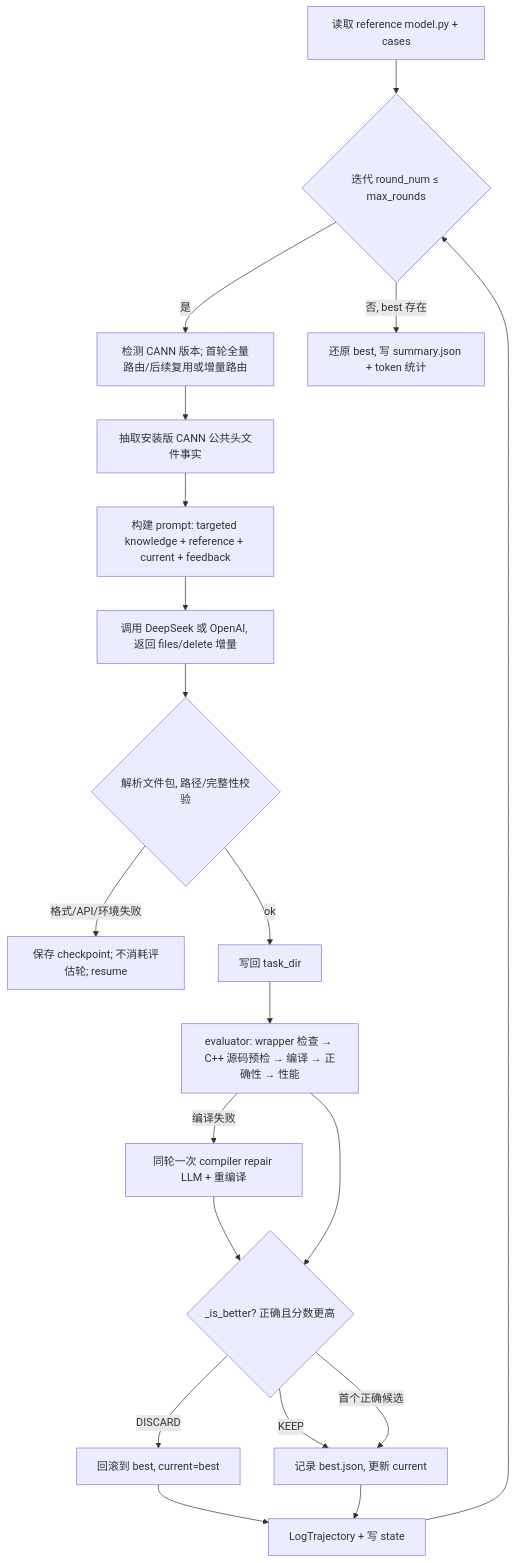
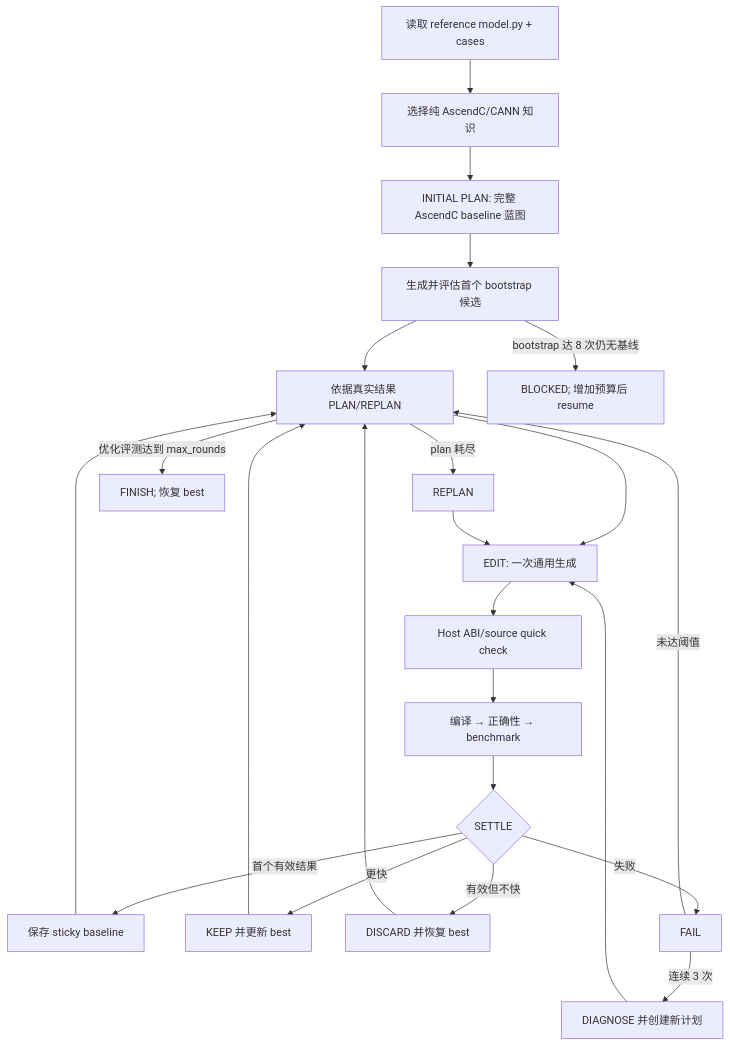
Before and after one commit to Bo1222/CannAgent: the second of 2 diagrams in README.md, drawn with Mermaid. The commit also changed other lines of this file and 15 other files, not shown here.

````diff
--- a/README.md
+++ b/README.md
@@ -125,22 +125,25 @@
 ```mermaid
 flowchart TD
-    R0[读取 reference model.py + cases] --> P{迭代 round_num ≤ max_rounds}
-    P -->|是| B[检测 CANN 版本; 首轮全量路由/后续复用或增量路由]
-    B --> H[抽取安装版 CANN 公共头文件事实]
-    H --> C0[构建 prompt: targeted knowledge + reference + current + feedback]
-    C0 --> L[调用 DeepSeek 或 OpenAI, 返回 files/delete 增量]
-    L --> F{解析文件包, 路径/完整性校验}
-    F -->|格式/API/环境失败| X[保存 checkpoint; 不消耗评估轮; resume]
-    F -->|ok| A[写回 task_dir]
-    A --> C[evaluator: wrapper 检查 → C++ 源码预检 → 编译 → 正确性 → 性能]
-    C -->|编译失败| CR[同轮一次 compiler repair LLM + 重编译]
-    CR --> D
-    C --> D{_is_better? 正确且分数更高}
-    D -->|KEEP| K[记录 best.json, 更新 current]
-    D -->|DISCARD| G[回滚到 best, current=best]
-    D -->|首个正确候选| K
-    G --> E[LogTrajectory + 写 state]
-    K --> E
-    E --> P
-    P -->|否, best 存在| Z[还原 best, 写 summary.json + token 统计]
+    R0[读取 reference model.py + cases] --> KR[选择纯 AscendC/CANN 知识]
+    KR --> IP[INITIAL PLAN: 完整 AscendC baseline 蓝图]
+    IP --> B[生成并评估首个 bootstrap 候选]
+    B --> P[依据真实结果 PLAN/REPLAN]
+    P --> E[EDIT: 一次通用生成]
+    E --> Q[Host ABI/source quick check]
+    Q --> V[编译 → 正确性 → benchmark]
+    V --> S{SETTLE}
+    S -->|首个有效结果| BL[保存 sticky baseline]
+    S -->|更快| K[KEEP 并更新 best]
+    S -->|有效但不快| D[DISCARD 并恢复 best]
+    S -->|失败| F[FAIL]
+    F -->|连续 3 次| G[DIAGNOSE 并创建新计划]
+    F -->|未达阈值| P
+    G --> E
+    BL --> P
+    K --> P
+    D --> P
+    P -->|plan 耗尽| RP[REPLAN]
+    RP --> E
+    B -->|bootstrap 达 8 次仍无基线| X[BLOCKED; 增加预算后 resume]
+    P -->|优化评测达到 max_rounds| Z[FINISH; 恢复 best]
 ```
````
